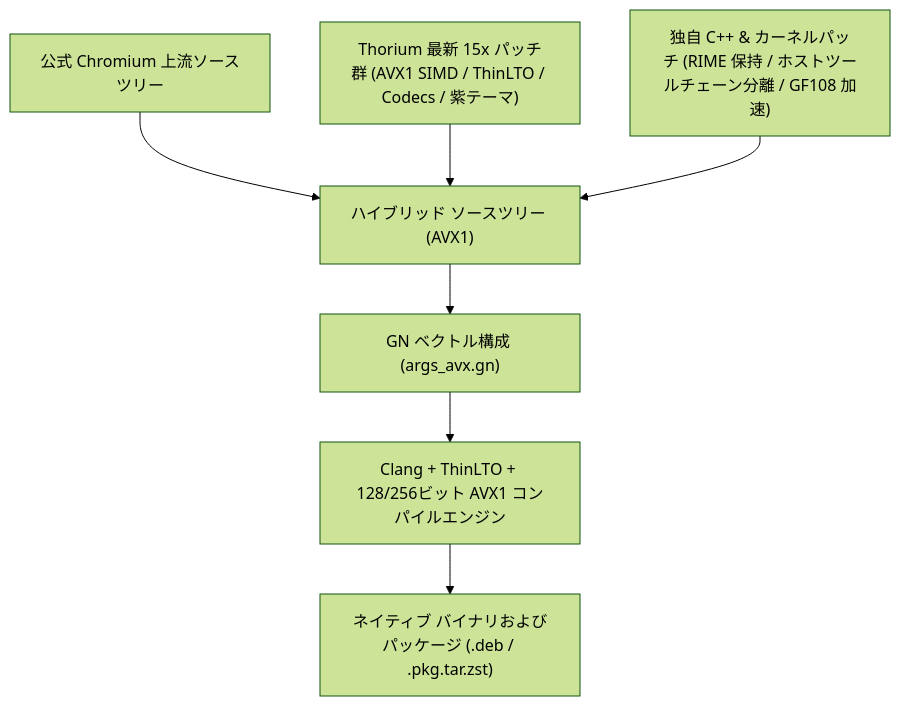
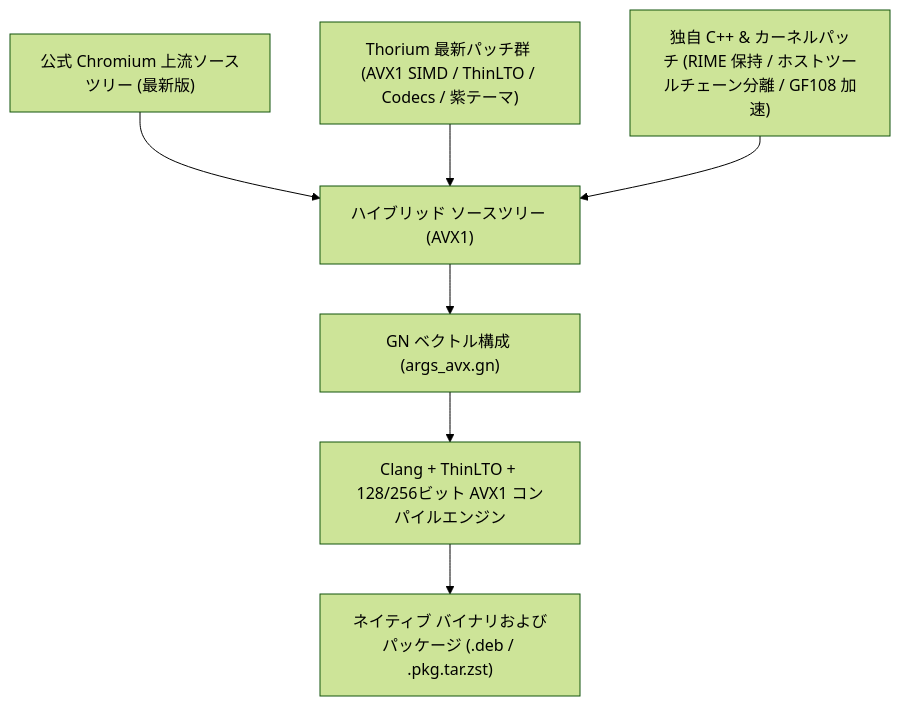
The diagram in README_ja.md (obhasashare2024-namo/thorium-avx1-rime), drawn with Mermaid (forest theme) before and after one commit. The commit also changed other lines of this file and 2 other files, not shown here.

````diff
--- a/README_ja.md
+++ b/README_ja.md
@@ -22,9 +22,9 @@
 ```mermaid
 graph TD
-    A["公式 Chromium 上流ソースツリー"] --> D["ハイブリッド ソースツリー (AVX1)"]
-    B["Thorium 最新 15x パッチ群 (AVX1 SIMD / ThinLTO / Codecs / 紫テーマ)"] --> D
+    A["公式 Chromium 上流ソースツリー (最新版)"] --> D["ハイブリッド ソースツリー (AVX1)"]
+    B["Thorium 最新パッチ群 (AVX1 SIMD / ThinLTO / Codecs / 紫テーマ)"] --> D
     C["独自 C++ & カーネルパッチ (RIME 保持 / ホストツールチェーン分離 / GF108 加速)"] --> D
     D --> E["GN ベクトル構成 (args_avx.gn)"]
     E --> F["Clang + ThinLTO + 128/256ビット AVX1 コンパイルエンジン"]
     F --> G["ネイティブ バイナリおよびパッケージ (.deb / .pkg.tar.zst)"]
 ```
````
